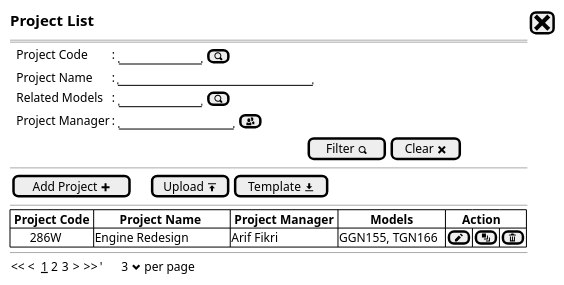
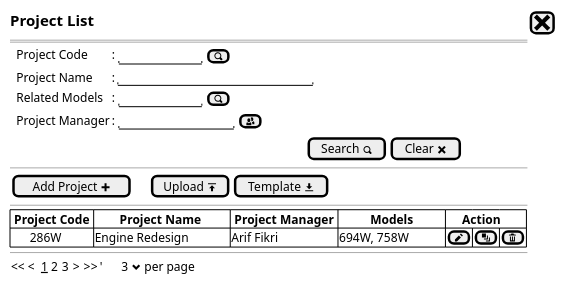
The diagram in Project/project - new step0a.puml (ari-fikri/packing-cost-mockup), drawn with PlantUML before and after one commit. The commit also changed 11 other files, not shown here.

Commit message:
- menambahkan material list - menambahkan material new - rename menu module type menjadi material - rename button filter di model menjadi search - rename button filter di project menjadi search

```diff
--- a/Project/project - new step0a.puml
+++ b/Project/project - new step0a.puml
@@ -1,26 +1,26 @@
 @startsalt
 {
   <size:15><b>Project List|[<size:25><&x>]|*
   ==
   {
     .|Project Code      |: {|"          "|[<&magnifying-glass>]|}*
     .|Project Name      |: |"                        "|*    
     .|Related Models    |: {|"          "| [<&magnifying-glass>]|}*
     .|Project Manager |: {|"              "|[<&people>]|}*
   }
-  {|                                                                                              |[Filter <&magnifying-glass>]|[Clear <&x>]|}
+  {|                                                                                              |[Search <&magnifying-glass>]|[Clear <&x>]|}
   --
   {
     [Add Project <&plus>]|.|.|.|[Upload <&data-transfer-upload>]| [Template <&data-transfer-download>]|*
   }
   --
   {#
     | <b>Project Code |        <b>Project Name         | <b>Project Manager |          <b>Models          |<b>     Action      |*|*|*
-    |       286W      | Engine Redesign                | Arif Fikri         | GGN155, TGN166              |[<&pencil>]|[<&layers>]|[<&trash>]|*
+    |       286W      | Engine Redesign                | Arif Fikri        | 694W, 758W              |[<&pencil>]|[<&layers>]|[<&trash>]|*
   }
   --
   {
   << <  __1__ 2 3  > >>  |'      3 <&chevron-bottom> per page |*
   }
 }
 @endsalt
```
